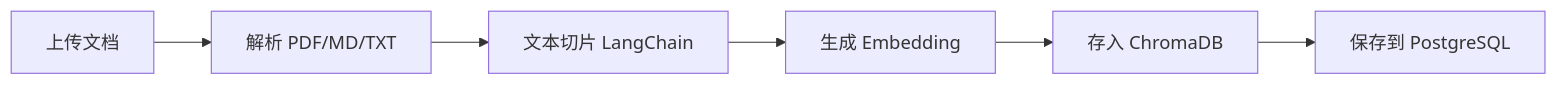
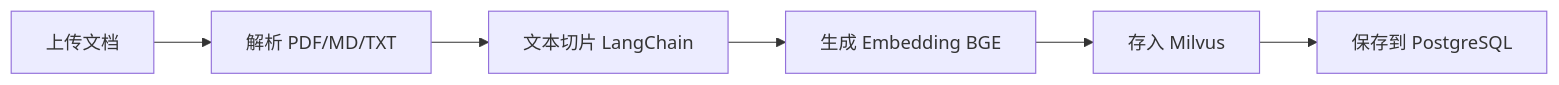
One commit to skygazer42/MimirQ changed the first of 2 diagrams in README.md. Above: the diagram before and after it, drawn with Mermaid. The commit also changed other lines of this file and 14 other files, not shown here.

````diff
--- a/README.md
+++ b/README.md
@@ -191,8 +194,8 @@
 ```mermaid
 graph LR
     A[上传文档] --> B[解析 PDF/MD/TXT]
     B --> C[文本切片 LangChain]
-    C --> D[生成 Embedding]
-    D --> E[存入 ChromaDB]
+    C --> D[生成 Embedding BGE]
+    D --> E[存入 Milvus]
     E --> F[保存到 PostgreSQL]
 ```
````
